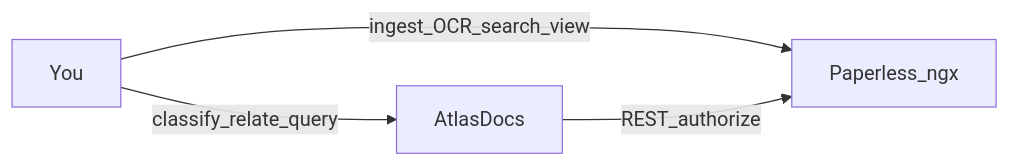
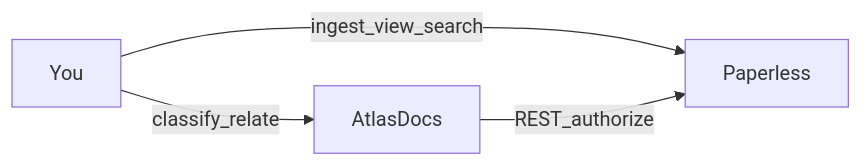
One commit to didac-crst/atlas-docs changed the diagram in README.md. Above: the diagram before and after it, drawn with Mermaid. The commit also changed other lines of this file, not shown here.

````diff
--- a/README.md
+++ b/README.md
@@ -70,9 +45,9 @@
 ```mermaid
 flowchart LR
-  Person[You]
-  Paperless[Paperless_ngx]
-  AtlasDocs[AtlasDocs]
-  Person -->|"ingest_OCR_search_view"| Paperless
-  Person -->|"classify_relate_query"| AtlasDocs
-  AtlasDocs -->|"REST_authorize"| Paperless
+  You[You]
+  PL[Paperless]
+  AD[AtlasDocs]
+  You -->|"ingest_view_search"| PL
+  You -->|"classify_relate"| AD
+  AD -->|"REST_authorize"| PL
 ```
````
